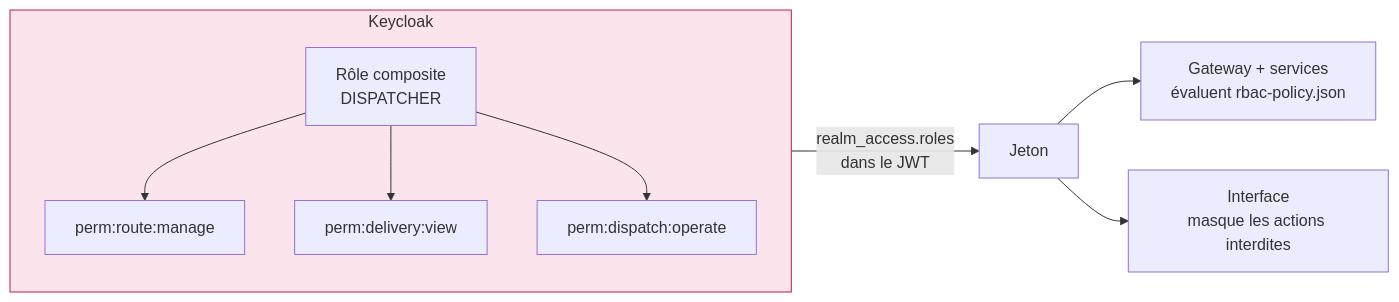
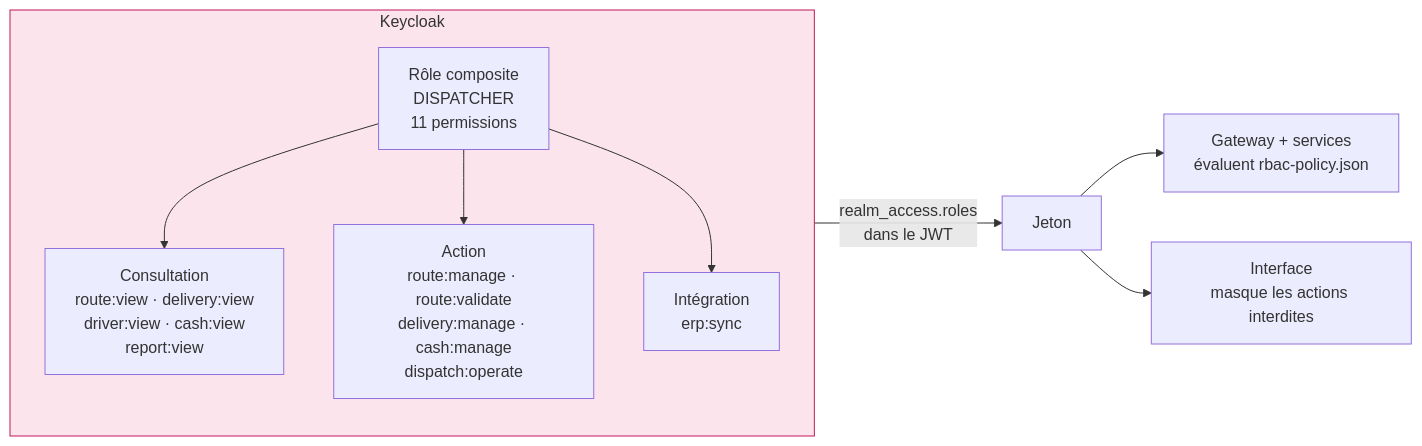
The third of 3 diagrams in docs/architecture/autorisation.md (Moaziz667/asm-track), drawn with Mermaid before and after one commit. The commit also changed other lines of this file and 11 other files, not shown here.

````diff
--- a/docs/architecture/autorisation.md
+++ b/docs/architecture/autorisation.md
@@ -112,13 +120,14 @@
 ```mermaid
 flowchart LR
     subgraph KC["Keycloak"]
-        R["Rôle composite<br/>DISPATCHER"] --> P1["perm:route:manage"]
-        R --> P2["perm:delivery:view"]
-        R --> P3["perm:dispatch:operate"]
+        R["Rôle composite<br/>DISPATCHER<br/>11 permissions"]
+        R --> V["Consultation<br/>route:view · delivery:view<br/>driver:view · cash:view<br/>report:view"]
+        R --> M["Action<br/>route:manage · route:validate<br/>delivery:manage · cash:manage<br/>dispatch:operate"]
+        R --> E["Intégration<br/>erp:sync"]
     end
     KC -->|"realm_access.roles<br/>dans le JWT"| T["Jeton"]
     T --> GW["Gateway + services<br/>évaluent rbac-policy.json"]
     T --> UI["Interface<br/>masque les actions interdites"]
 
     style KC fill:#fce4ec,stroke:#c2185b
 ```
````
